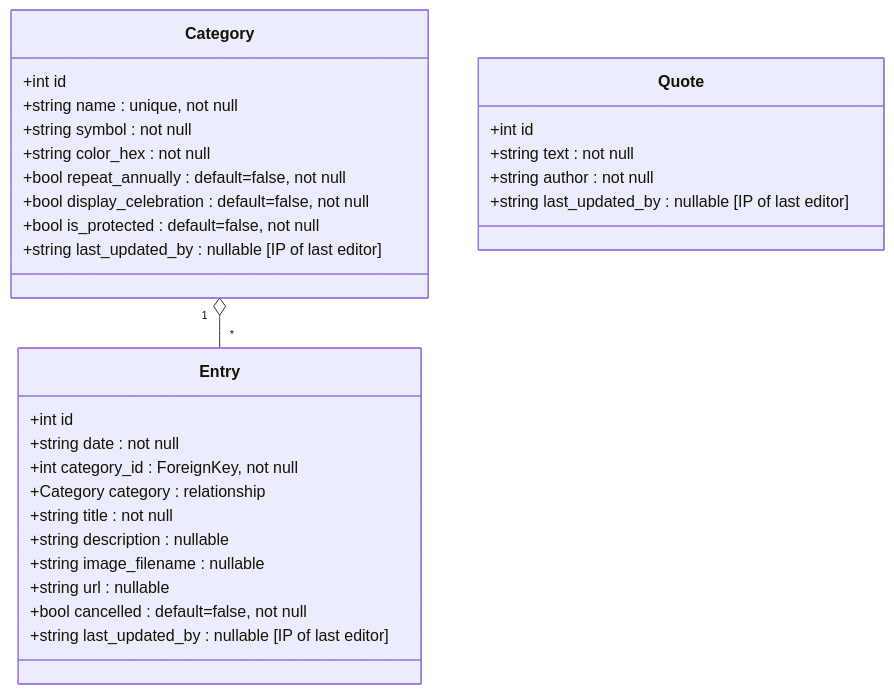
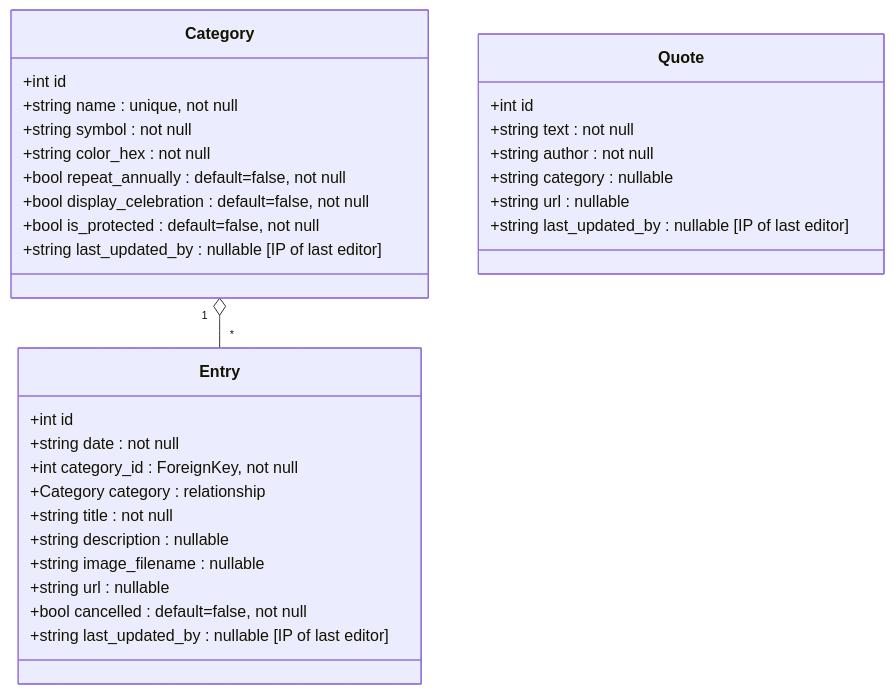
The diagram in README.md (whustedt/calendarium), drawn with Mermaid before and after one commit. The commit also changed other lines of this file and 5 other files, not shown here.

Commit message:
feat: add optional category and URL fields to quotes

````diff
--- a/README.md
+++ b/README.md
@@ -175,35 +177,37 @@
 ```mermaid
 classDiagram
     class Category {
         +int id
         +string name : unique, not null
         +string symbol : not null
         +string color_hex : not null
         +bool repeat_annually : default=false, not null
         +bool display_celebration : default=false, not null
         +bool is_protected : default=false, not null
         +string last_updated_by : nullable [IP of last editor]
     }
 
     class Entry {
         +int id
         +string date : not null
         +int category_id : ForeignKey, not null
         +Category category : relationship
         +string title : not null
         +string description : nullable
         +string image_filename : nullable
         +string url : nullable
         +bool cancelled : default=false, not null
         +string last_updated_by : nullable [IP of last editor]
     }
 
     class Quote {
         +int id
         +string text : not null
         +string author : not null
+        +string category : nullable
+        +string url : nullable
         +string last_updated_by : nullable [IP of last editor]
     }
 
     Category "1" o-- "*" Entry
 ```
````
